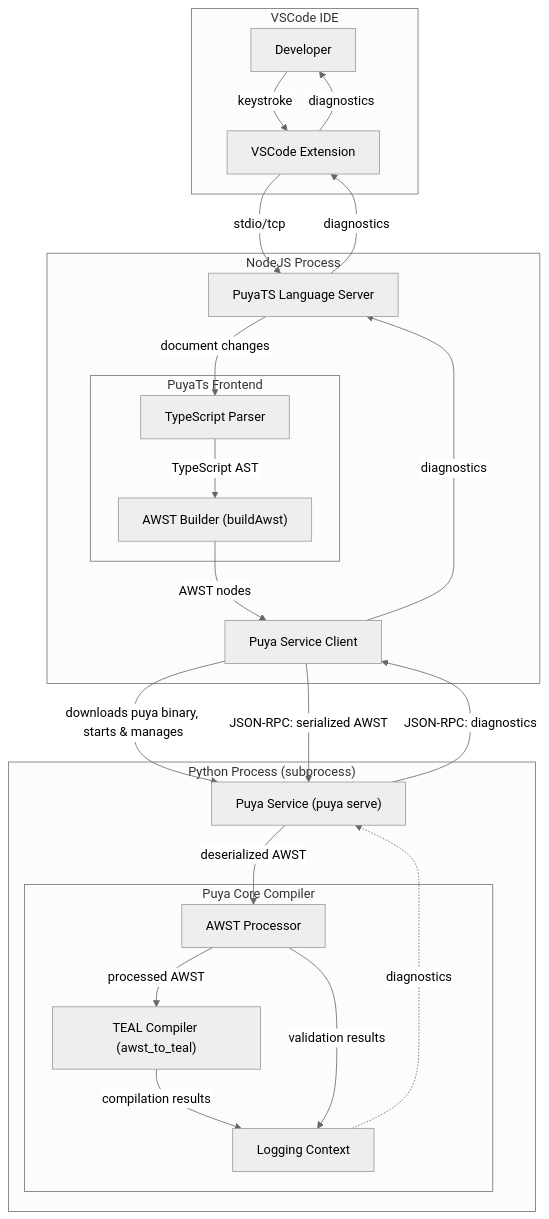
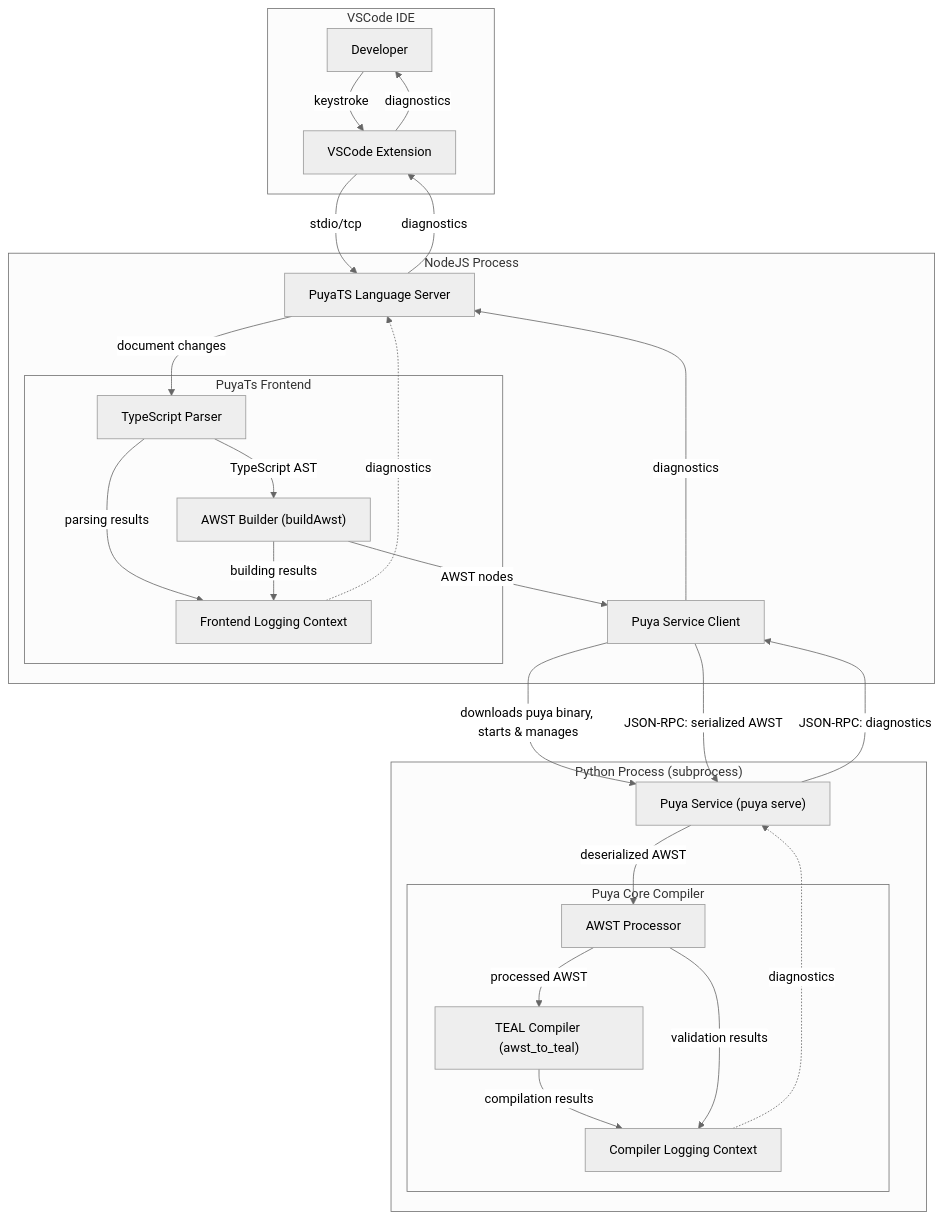
One commit to algorandfoundation/puya changed the third of 3 diagrams in docs/architecture/language-server.md. Above: the diagram before and after it, drawn with Mermaid (neutral theme). The commit also changed other lines of this file, not shown here.

````diff
--- a/docs/architecture/language-server.md
+++ b/docs/architecture/language-server.md
@@ -81,53 +86,59 @@
 ```mermaid
 flowchart TB
     subgraph "VSCode IDE"
         Developer["Developer"]
         VSCodeExt["VSCode Extension"]
     end
     
     subgraph "NodeJS Process"
         PuyaTsLSP["PuyaTS Language Server"]
         PuyaServiceClient["Puya Service Client"]
         
         subgraph "PuyaTs Frontend"
             TsParser["TypeScript Parser"]
             TsAWSTBuilder["AWST Builder (buildAwst)"]
+            FrontendLogCtx["Frontend Logging Context"]
         end
     end
     
     subgraph "Python Process (subprocess)"
         PuyaService["Puya Service (puya serve)"]
         
         subgraph "Puya Core Compiler"
             AWST["AWST Processor"]
             TealCompiler["TEAL Compiler (awst_to_teal)"]
-            LogContext["Logging Context"]
+            CompilerLogCtx["Compiler Logging Context"]
         end
     end
     
     Developer -->|keystroke| VSCodeExt
     VSCodeExt -->|stdio/tcp| PuyaTsLSP
     
     PuyaTsLSP -->|document changes| TsParser
     TsParser -->|TypeScript AST| TsAWSTBuilder
     TsAWSTBuilder -->|AWST nodes| PuyaServiceClient
+    
+    FrontendLogCtx -.->|diagnostics| PuyaTsLSP
+    TsParser -->|parsing results| FrontendLogCtx
+    TsAWSTBuilder -->|building results| FrontendLogCtx
+    
     PuyaServiceClient -->|downloads puya binary, starts & manages| PuyaService
     
     PuyaServiceClient -->|JSON-RPC: serialized AWST| PuyaService
     PuyaService -->|deserialized AWST| AWST
     AWST -->|processed AWST| TealCompiler
-    TealCompiler -->|compilation results| LogContext
-    AWST -->|validation results| LogContext
+    TealCompiler -->|compilation results| CompilerLogCtx
+    AWST -->|validation results| CompilerLogCtx
     
-    LogContext -.->|diagnostics| PuyaService
+    CompilerLogCtx -.->|diagnostics| PuyaService
     PuyaService -->|JSON-RPC: diagnostics| PuyaServiceClient
     PuyaServiceClient -->|diagnostics| PuyaTsLSP
     PuyaTsLSP -->|diagnostics| VSCodeExt
     VSCodeExt -->|diagnostics| Developer
     
     class Developer,VSCodeExt vscode
-    class PuyaTsLSP,PuyaServiceClient nodeProc
+    class PuyaTsLSP,PuyaServiceClient,FrontendLogCtx nodeProc
     class TsParser,TsAWSTBuilder frontend
     class PuyaService pyProc
-    class AWST,TealCompiler,LogContext coreComp
+    class AWST,TealCompiler,CompilerLogCtx coreComp
 ```
````
